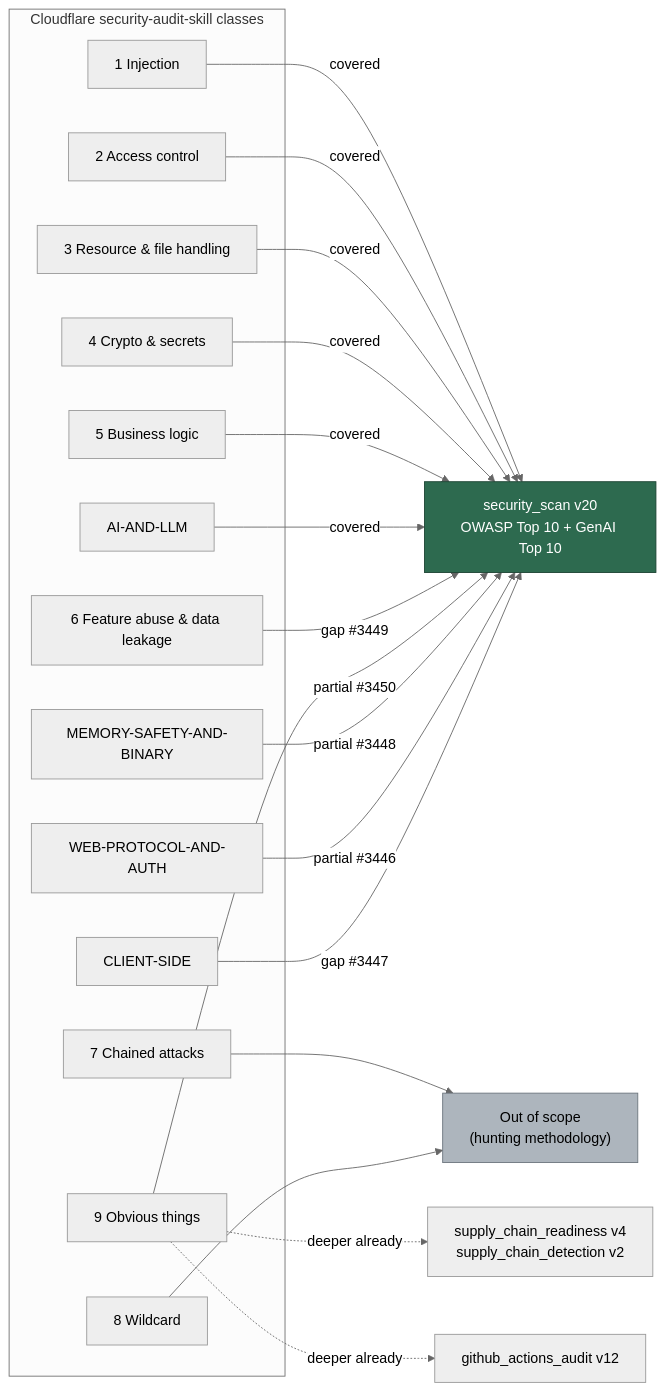
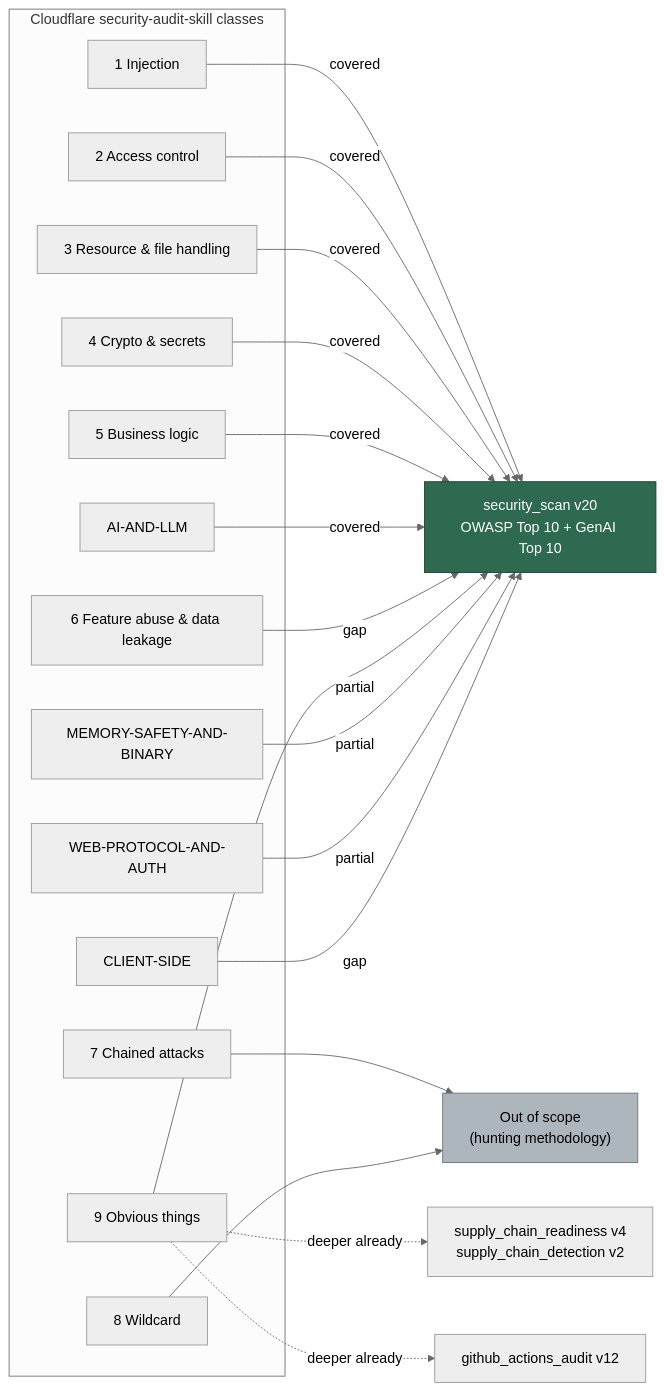
Before and after one commit to stSoftwareAU/VibeCoder: the diagram in docs/security/cloudflare-security-audit-gap-analysis.md, drawn with Mermaid (neutral theme). The commit also changed other lines of this file and 291 other files, not shown here.

````diff
--- a/docs/security/cloudflare-security-audit-gap-analysis.md
+++ b/docs/security/cloudflare-security-audit-gap-analysis.md
@@ -72,42 +71,42 @@
 ```mermaid
 flowchart LR
     subgraph CF["Cloudflare security-audit-skill classes"]
         C1["1 Injection"]
         C2["2 Access control"]
         C3["3 Resource & file handling"]
         C4["4 Crypto & secrets"]
         C5["5 Business logic"]
         C6["6 Feature abuse & data leakage"]
         C7["7 Chained attacks"]
         C8["8 Wildcard"]
         C9["9 Obvious things"]
         M["MEMORY-SAFETY-AND-BINARY"]
         AI["AI-AND-LLM"]
         W["WEB-PROTOCOL-AND-AUTH"]
         CL["CLIENT-SIDE"]
     end
 
     SS["security_scan v20<br/>OWASP Top 10 + GenAI Top 10"]
     SC["supply_chain_readiness v4<br/>supply_chain_detection v2"]
     GA["github_actions_audit v12"]
     OOS["Out of scope<br/>(hunting methodology)"]
 
     C1 -->|covered| SS
     C2 -->|covered| SS
     C3 -->|covered| SS
     C4 -->|covered| SS
     C5 -->|covered| SS
     AI -->|covered| SS
-    C6 -->|gap #3449| SS
-    C9 -->|partial #3450| SS
-    M -->|partial #3448| SS
-    W -->|partial #3446| SS
-    CL -->|gap #3447| SS
+    C6 -->|gap | SS
+    C9 -->|partial | SS
+    M -->|partial | SS
+    W -->|partial | SS
+    CL -->|gap | SS
     C9 -.deeper already.-> SC
     C9 -.deeper already.-> GA
     C7 --> OOS
     C8 --> OOS
 
     style SS fill:#2d6a4f,stroke:#1b4332,color:#fff
     style OOS fill:#adb5bd,stroke:#6c757d,color:#000
 ```
````
